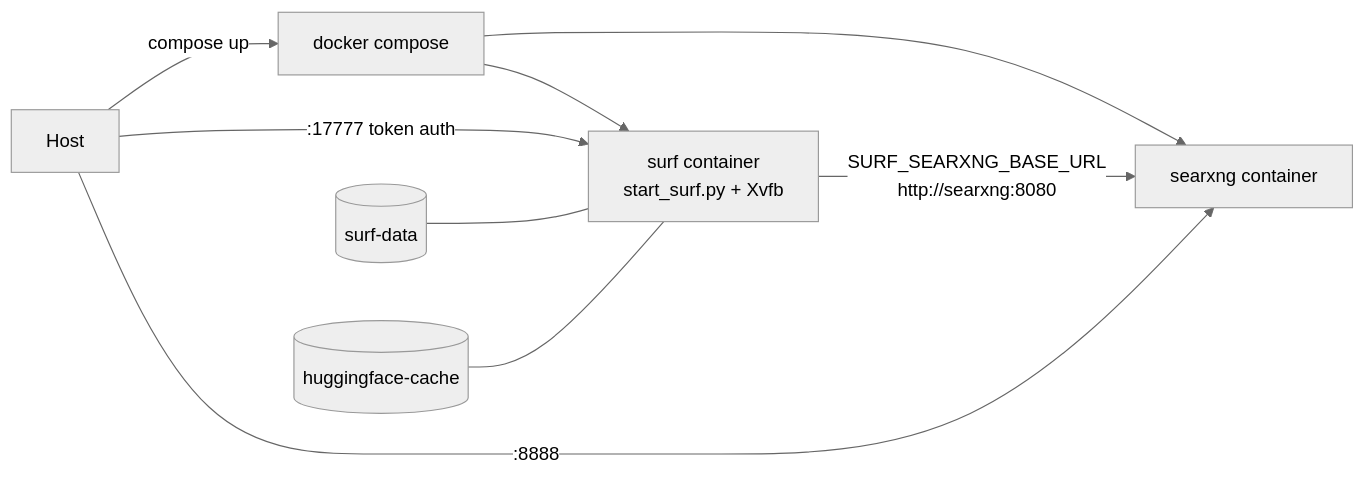
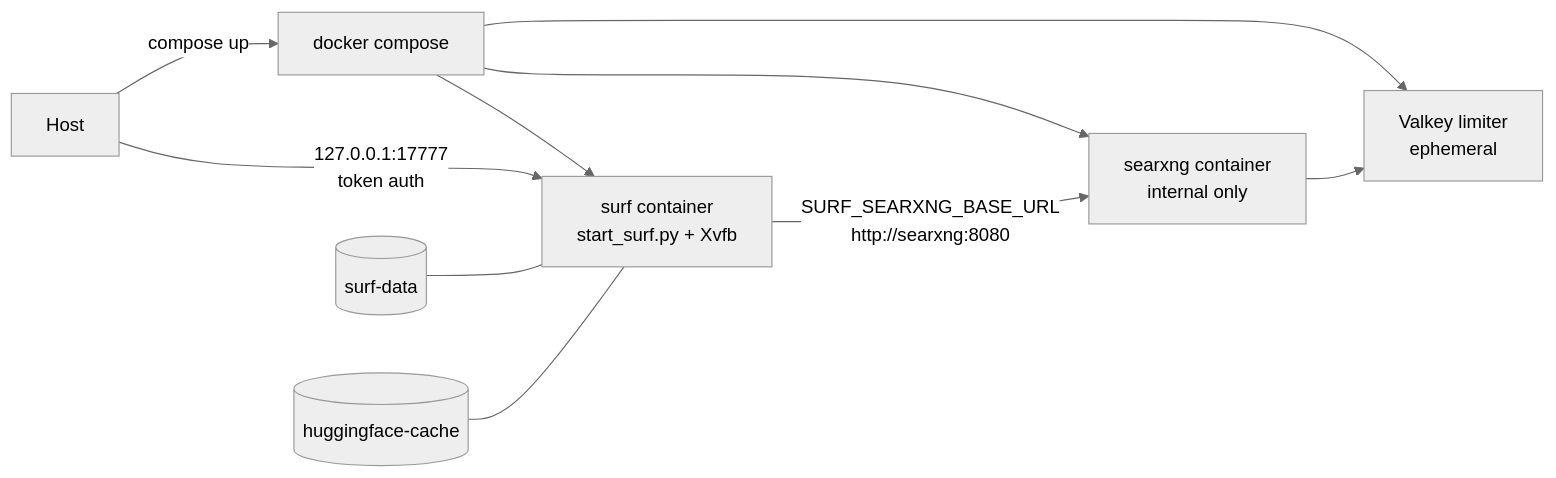
One commit to nomadbarefoot/SURF changed the seventh of 7 diagrams in ARCHITECTURE.md. Above: the diagram before and after it, drawn with Mermaid (neutral theme). The commit also changed other lines of this file and 53 other files, not shown here.

First line of the commit message:
Harden SURF egress, auth, and Docker packaging with boundary tests.

````diff
--- a/ARCHITECTURE.md
+++ b/ARCHITECTURE.md
@@ -194,11 +197,12 @@
 ```mermaid
 flowchart LR
   Host["Host"] -->|compose up| Compose["docker compose"]
   Compose --> SurfC["surf container<br/>start_surf.py + Xvfb"]
-  Compose --> SXC["searxng container"]
+  Compose --> SXC["searxng container<br/>internal only"]
+  Compose --> VK["Valkey limiter<br/>ephemeral"]
   SurfC -->|SURF_SEARXNG_BASE_URL<br/>http://searxng:8080| SXC
-  Host -->|:17777 token auth| SurfC
-  Host -->|:8888| SXC
+  Host -->|127.0.0.1:17777<br/>token auth| SurfC
+  SXC --> VK
   Vol1[("surf-data")] --- SurfC
   Vol2[("huggingface-cache")] --- SurfC
 ```
````
